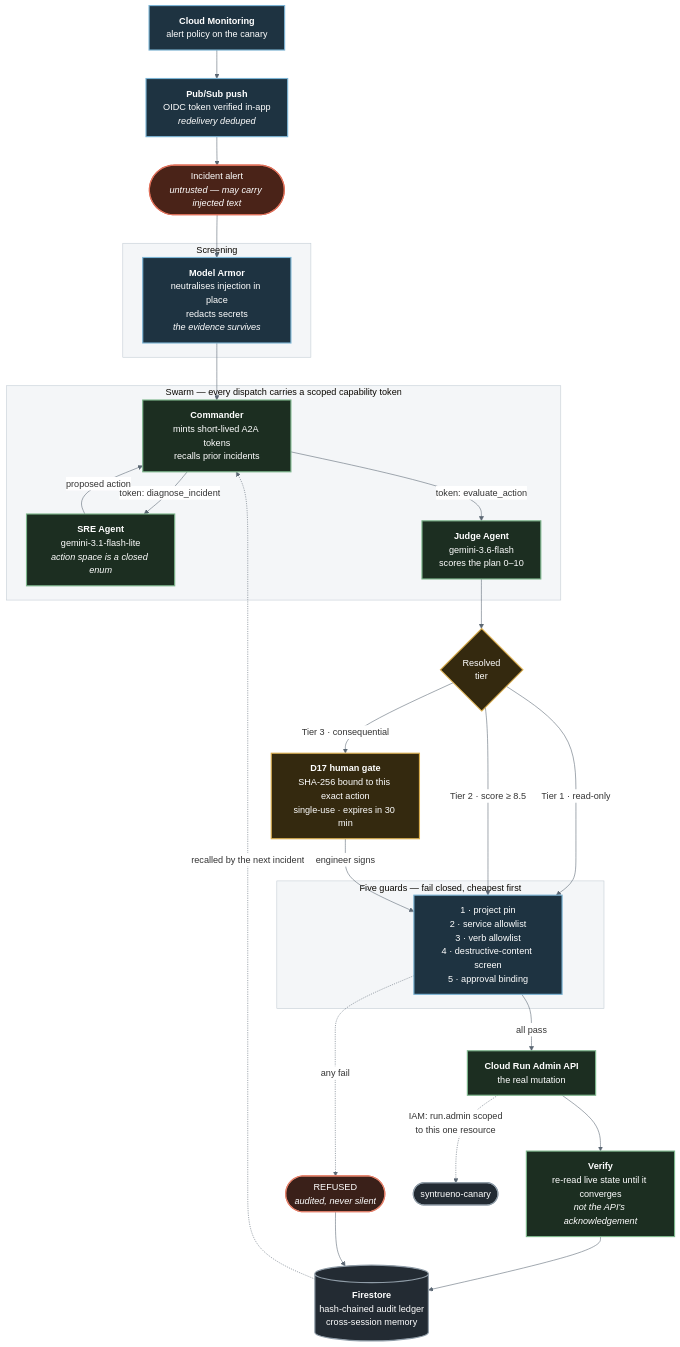
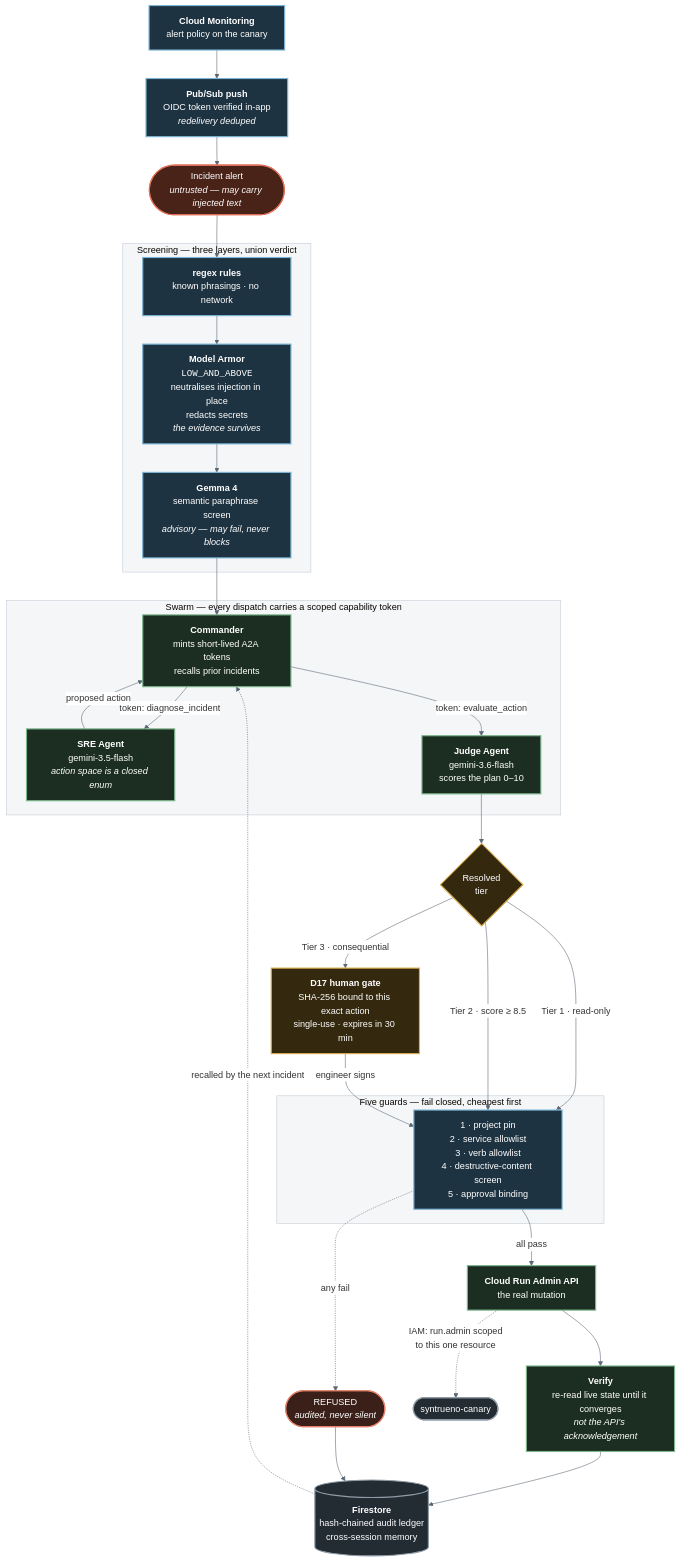
The diagram in assets/architecture.mmd (Shaan-alpha/syntrueno), drawn with Mermaid before and after one commit. The commit also changed 9 other files, not shown here.

```diff
--- a/assets/architecture.mmd
+++ b/assets/architecture.mmd
@@ -1,66 +1,70 @@
 %%{init: {"theme":"base","themeVariables":{"clusterBkg":"#f4f6f8","clusterBorder":"#c3ccd4","lineColor":"#5b6773","fontFamily":"Inter, Segoe UI, sans-serif","fontSize":"16px","edgeLabelBackground":"#ffffff"}}}%%
 flowchart TD
     Mon["<b>Cloud Monitoring</b><br/>alert policy on the canary"]
     PS["<b>Pub/Sub push</b><br/>OIDC token verified in-app<br/><i>redelivery deduped</i>"]
     Alert(["Incident alert<br/><i>untrusted — may carry injected text</i>"])
 
-    subgraph SEC ["Screening"]
-        Armor["<b>Model Armor</b><br/>neutralises injection in place<br/>redacts secrets<br/><i>the evidence survives</i>"]
+    subgraph SEC ["Screening — three layers, union verdict"]
+        Regex["<b>regex rules</b><br/>known phrasings · no network"]
+        Armor["<b>Model Armor</b><br/><code>LOW_AND_ABOVE</code><br/>neutralises injection in place<br/>redacts secrets<br/><i>the evidence survives</i>"]
+        Gemma["<b>Gemma 4</b><br/>semantic paraphrase screen<br/><i>advisory — may fail, never blocks</i>"]
     end
 
     subgraph SWARM ["Swarm — every dispatch carries a scoped capability token"]
         Cmd["<b>Commander</b><br/>mints short-lived A2A tokens<br/>recalls prior incidents"]
-        SRE["<b>SRE Agent</b><br/>gemini-3.1-flash-lite<br/><i>action space is a closed enum</i>"]
+        SRE["<b>SRE Agent</b><br/>gemini-3.5-flash<br/><i>action space is a closed enum</i>"]
         Judge["<b>Judge Agent</b><br/>gemini-3.6-flash<br/>scores the plan 0–10"]
     end
 
     Tier{"Resolved<br/>tier"}
     Gate["<b>D17 human gate</b><br/>SHA-256 bound to this exact action<br/>single-use · expires in 30 min"]
 
     subgraph GUARD ["Five guards — fail closed, cheapest first"]
         Guards["1 · project pin<br/>2 · service allowlist<br/>3 · verb allowlist<br/>4 · destructive-content screen<br/>5 · approval binding"]
     end
 
     Apply["<b>Cloud Run Admin API</b><br/>the real mutation"]
     Verify["<b>Verify</b><br/>re-read live state until it converges<br/><i>not the API's acknowledgement</i>"]
     Refused(["REFUSED<br/><i>audited, never silent</i>"])
     FS[("<b>Firestore</b><br/>hash-chained audit ledger<br/>cross-session memory")]
     Canary(["syntrueno-canary"])
 
     Mon --> PS
     PS --> Alert
-    Alert --> Armor
-    Armor --> Cmd
+    Alert --> Regex
+    Regex --> Armor
+    Armor --> Gemma
+    Gemma --> Cmd
     Cmd -->|"token: diagnose_incident"| SRE
     SRE -->|"proposed action"| Cmd
     Cmd -->|"token: evaluate_action"| Judge
     Judge --> Tier
 
     Tier -->|"Tier 1 · read-only"| Guards
     Tier -->|"Tier 2 · score ≥ 8.5"| Guards
     Tier -->|"Tier 3 · consequential"| Gate
     Gate -->|"engineer signs"| Guards
 
     Guards -->|"all pass"| Apply
     Guards -.->|"any fail"| Refused
     Apply --> Verify
     Apply -.->|"IAM: run.admin scoped<br/>to this one resource"| Canary
 
     Verify --> FS
     Refused --> FS
     FS -.->|"recalled by the next incident"| Cmd
 
     classDef alert fill:#4a2318,stroke:#e0705a,stroke-width:2px,color:#ffffff
     classDef sec fill:#1e3341,stroke:#7cb4d4,stroke-width:2px,color:#ffffff
     classDef agent fill:#1c2e21,stroke:#7db68c,stroke-width:2px,color:#ffffff
     classDef gate fill:#34290f,stroke:#d9ad4e,stroke-width:2px,color:#ffffff
     classDef bad fill:#3a2019,stroke:#e4816b,stroke-width:2px,color:#ffffff
     classDef store fill:#232b33,stroke:#8f9ca7,stroke-width:2px,color:#ffffff
 
     class Alert alert
     class Mon,PS sec
-    class Armor,Guards sec
+    class Regex,Armor,Gemma,Guards sec
     class Cmd,SRE,Judge,Apply,Verify agent
     class Gate,Tier gate
     class Refused bad
     class FS,Canary store
```
